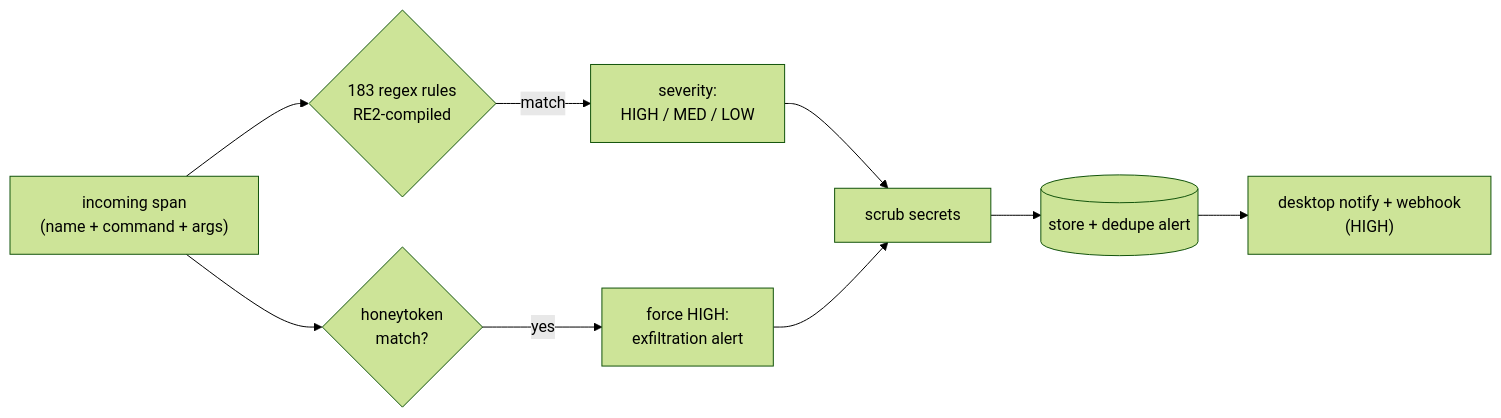
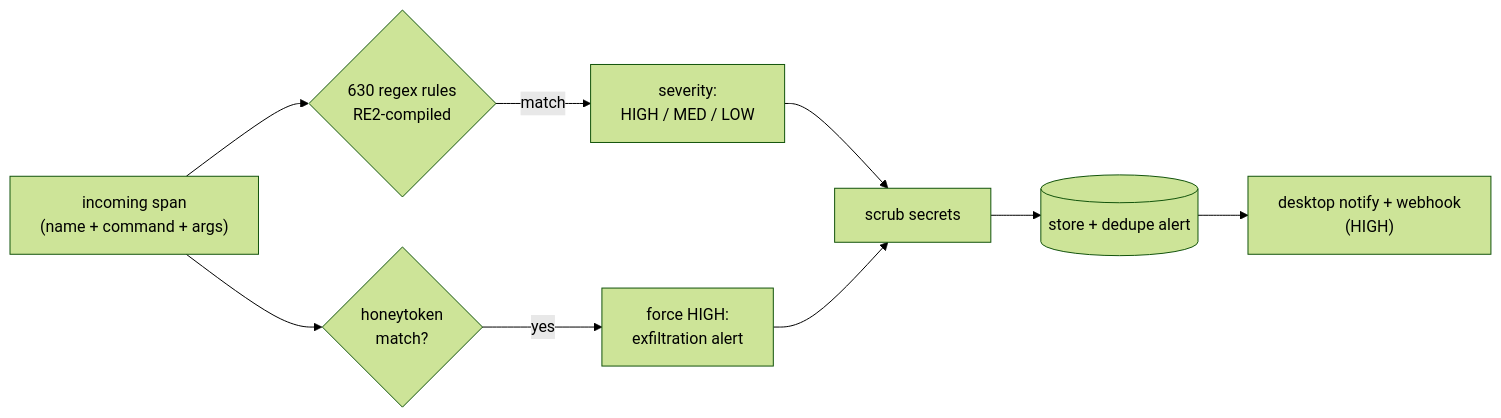
The third of 4 diagrams in README.md (aanjaneyasinghdhoni/ClaudeSec), drawn with Mermaid (forest theme) before and after one commit. The commit also changed other lines of this file and 1 other file, not shown here.

````diff
--- a/README.md
+++ b/README.md
@@ -158,11 +158,11 @@
 ```mermaid
 flowchart LR
-    SPAN["incoming span<br/>(name + command + args)"] --> RULES{"183 regex rules<br/>RE2-compiled"}
+    SPAN["incoming span<br/>(name + command + args)"] --> RULES{"630 regex rules<br/>RE2-compiled"}
     SPAN --> HT{"honeytoken<br/>match?"}
     RULES -->|match| SEV["severity:<br/>HIGH / MED / LOW"]
     HT -->|yes| HIGH["force HIGH:<br/>exfiltration alert"]
     SEV --> SCRUB["scrub secrets"]
     HIGH --> SCRUB
     SCRUB --> STORE[("store + dedupe alert")]
     STORE --> NOTIFY["desktop notify + webhook<br/>(HIGH)"]
 ```
````
